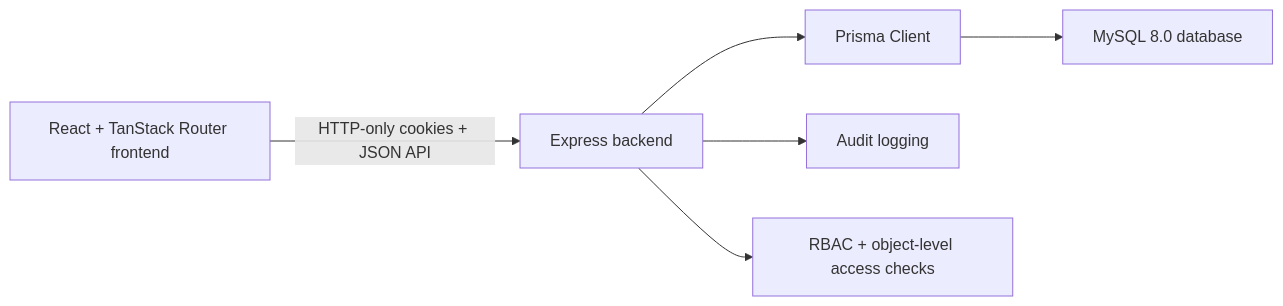
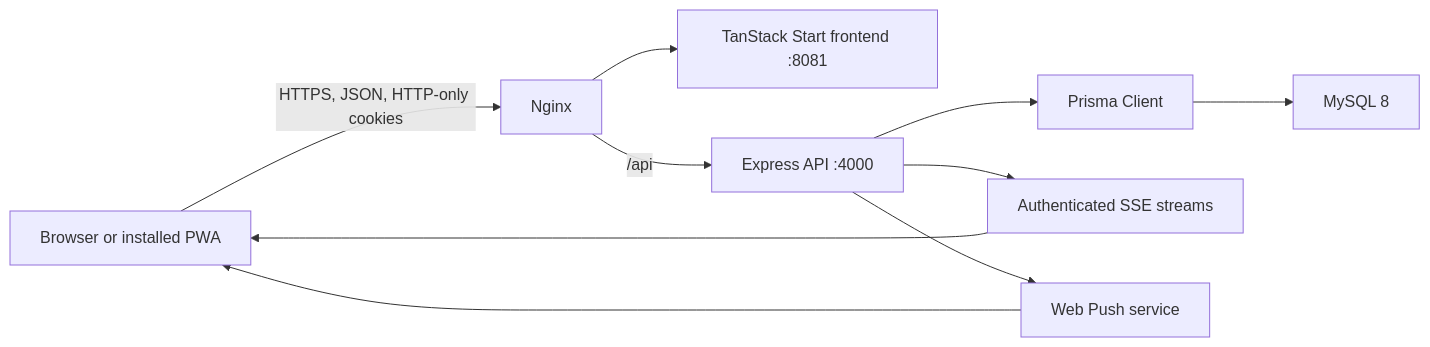
The first of 2 diagrams in docs/TECHNICAL_OVERVIEW.md (Sameerreddy-ATD/Atd-Hrms), drawn with Mermaid before and after one commit. The commit also changed other lines of this file and 10 other files, not shown here.

````diff
--- a/docs/TECHNICAL_OVERVIEW.md
+++ b/docs/TECHNICAL_OVERVIEW.md
@@ -7,8 +5,12 @@
 ```mermaid
 flowchart LR
-  Browser["React + TanStack Router frontend"] -->|HTTP-only cookies + JSON API| API["Express backend"]
-  API --> Prisma["Prisma Client"]
-  Prisma --> MySQL["MySQL 8.0 database"]
-  API --> Audit["Audit logging"]
-  API --> RBAC["RBAC + object-level access checks"]
+  Client["Browser or installed PWA"] -->|"HTTPS, JSON, HTTP-only cookies"| Nginx["Nginx"]
+  Nginx --> Frontend["TanStack Start frontend :8081"]
+  Nginx -->|"/api"| Backend["Express API :4000"]
+  Backend --> Prisma["Prisma Client"]
+  Prisma --> MySQL["MySQL 8"]
+  Backend --> Live["Authenticated SSE streams"]
+  Backend --> Push["Web Push service"]
+  Live --> Client
+  Push --> Client
 ```
````
